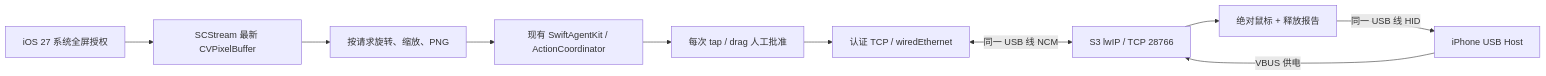
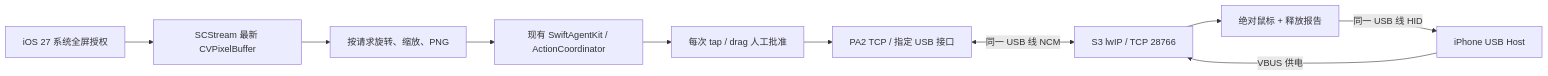
Before and after one commit to haojunnong57-arch/actell: the diagram in docs/usb-device/ARCHITECTURE.md, drawn with Mermaid. The commit also changed other lines of this file and 16 other files, not shown here.

````diff
--- a/docs/usb-device/ARCHITECTURE.md
+++ b/docs/usb-device/ARCHITECTURE.md
@@ -20,12 +20,12 @@
 ```mermaid
 flowchart LR
     System[iOS 27 系统全屏授权] --> Capture[SCStream 最新 CVPixelBuffer]
     Capture --> PNG[按请求旋转、缩放、PNG]
     PNG --> Agent[现有 SwiftAgentKit / ActionCoordinator]
     Agent --> Approval[每次 tap / drag 人工批准]
-    Approval --> Client[认证 TCP / wiredEthernet]
+    Approval --> Client[PA2 TCP / 指定 USB 接口]
     Client <-->|同一 USB 线 NCM| Server[S3 lwIP / TCP 28766]
     Server --> HID[绝对鼠标 + 释放报告]
     HID -->|同一 USB 线 HID| iPhone[iPhone USB Host]
     iPhone -->|VBUS 供电| Server
 ```
````
